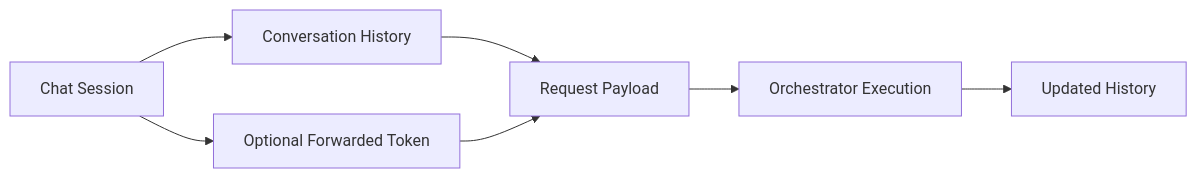
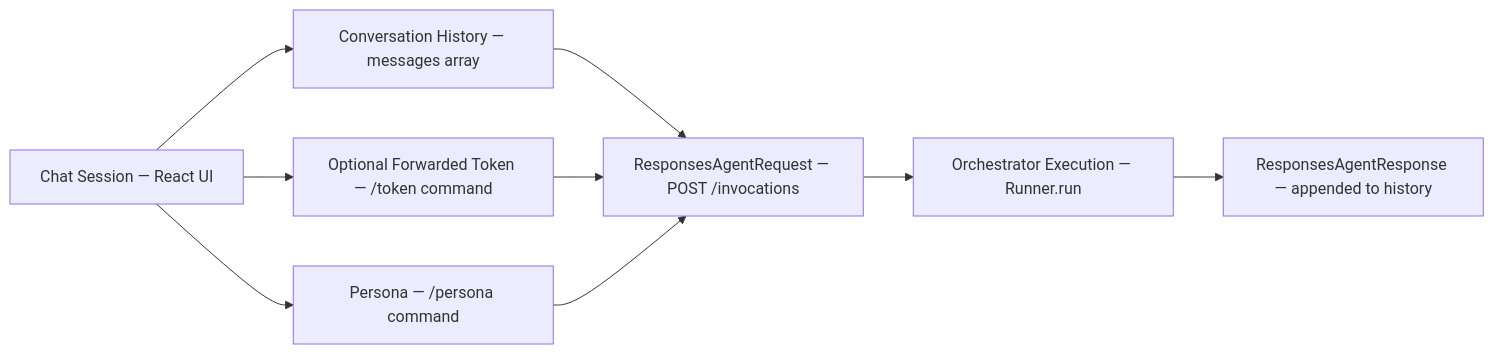
Before and after one commit to wchen-dea/Governed-Multi-Agent-Intelligence-on-Databricks: the fifth of 7 diagrams in docs/architecture/design-artifacts/04-logical-detailed.md, drawn with Mermaid. The commit also changed other lines of this file and 51 other files, not shown here.

````diff
--- a/docs/architecture/design-artifacts/04-logical-detailed.md
+++ b/docs/architecture/design-artifacts/04-logical-detailed.md
@@ -65,9 +94,11 @@
 ```mermaid
 flowchart LR
-    S[Chat Session] --> H[Conversation History]
-    S --> T[Optional Forwarded Token]
-    H --> R[Request Payload]
+    S[Chat Session — React UI] --> H[Conversation History — messages array]
+    S --> T[Optional Forwarded Token — /token command]
+    S --> PR[Persona — /persona command]
+    H --> R[ResponsesAgentRequest — POST /invocations]
     T --> R
-    R --> O[Orchestrator Execution]
-    O --> U[Updated History]
+    PR --> R
+    R --> O[Orchestrator Execution — Runner.run]
+    O --> U[ResponsesAgentResponse — appended to history]
 ```
````
